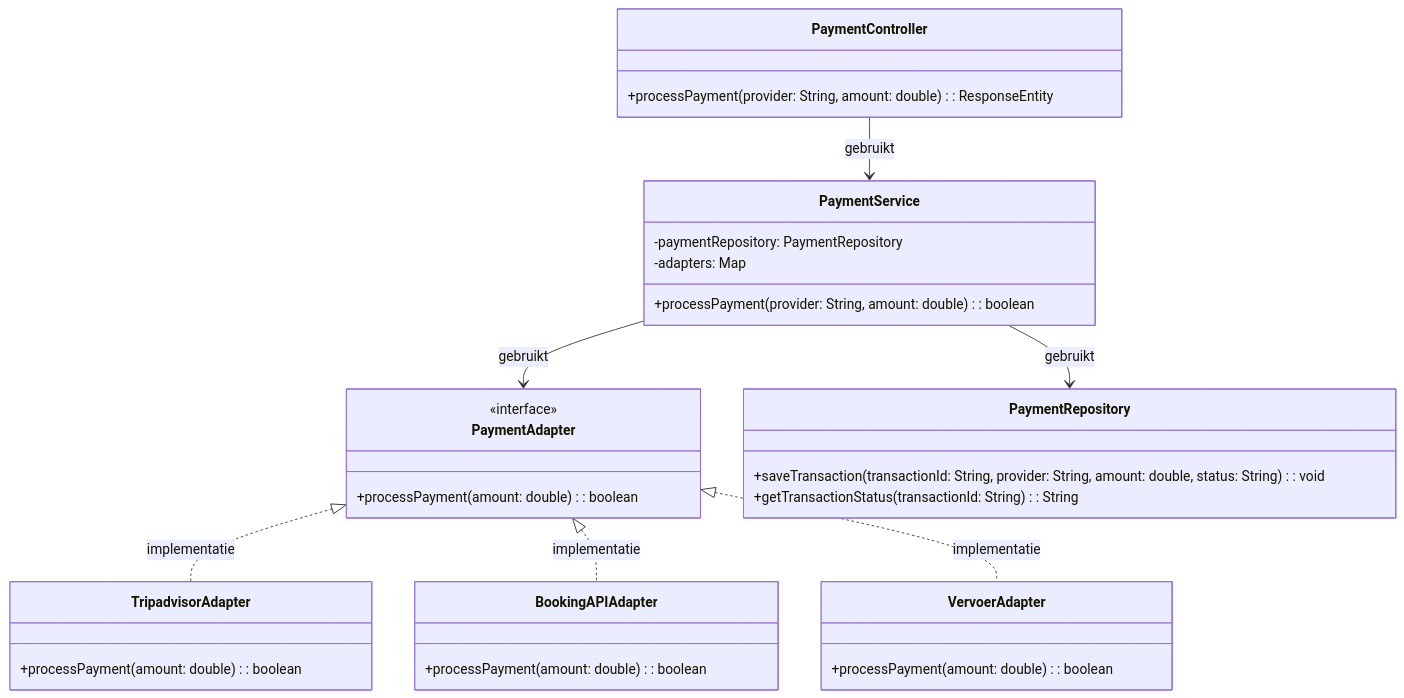
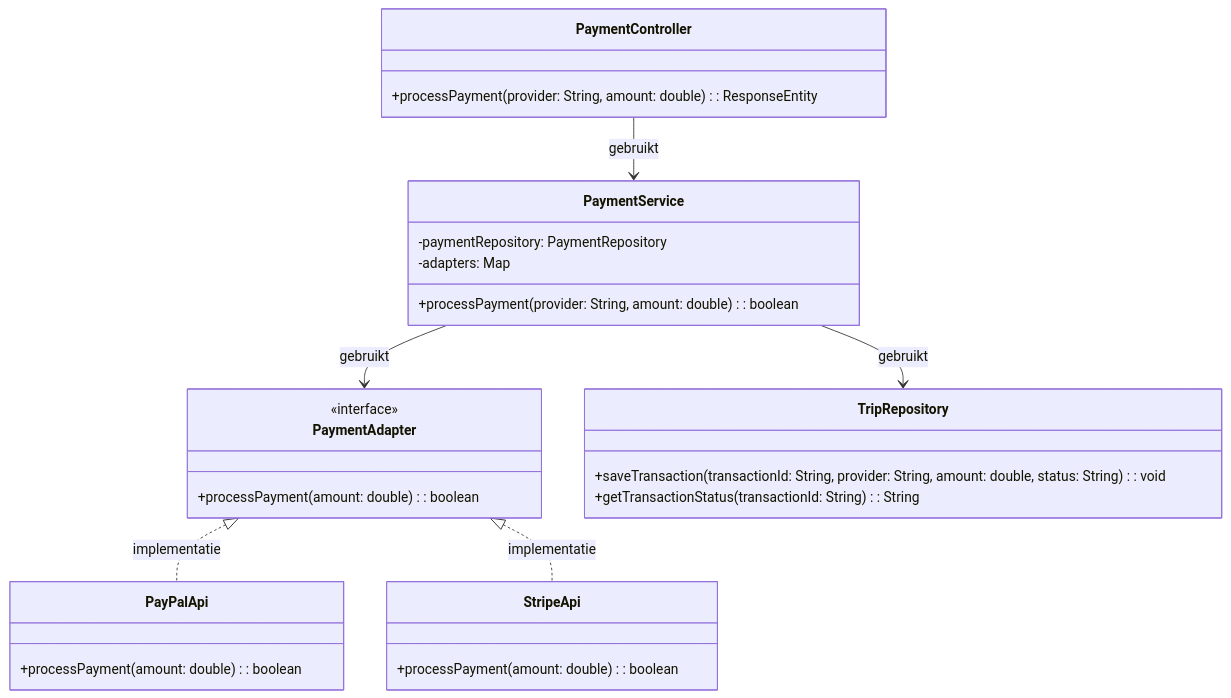
Before and after one commit to AIM-ENE-feb25/triptop-inshallahboys: the second of 3 diagrams in software-guidebook/README.md, drawn with Mermaid. The commit also changed 2 other files, not shown here.

Commit message:
klasse diagram aanpassing en adr

````diff
--- a/software-guidebook/README.md
+++ b/software-guidebook/README.md
@@ -159,42 +159,39 @@
 ```mermaid
 classDiagram
     class PaymentController {
         +processPayment(provider: String, amount: double): ResponseEntity<String>
     }
 
     class PaymentService {
         +processPayment(provider: String, amount: double): boolean
         -paymentRepository: PaymentRepository
         -adapters: Map<String, PaymentAdapter>
     }
 
     class PaymentAdapter {
         <<interface>>
         +processPayment(amount: double): boolean
     }
 
-    class TripadvisorAdapter {
+    class PayPalApi{
+        +processPayment(amount: double): boolean
+        
+    }
+    
+    class StripeApi{
         +processPayment(amount: double): boolean
     }
 
-    class BookingAPIAdapter {
-        +processPayment(amount: double): boolean
-    }
-
-    class VervoerAdapter {
-        +processPayment(amount: double): boolean
-    }
-
-    class PaymentRepository {
+    class TripRepository {
         +saveTransaction(transactionId: String, provider: String, amount: double, status: String): void
         +getTransactionStatus(transactionId: String): String
     }
 
     %% Relaties tussen de klassen
     PaymentController --> PaymentService : gebruikt
     PaymentService --> PaymentAdapter : gebruikt
-    PaymentService --> PaymentRepository : gebruikt
-    PaymentAdapter <|.. TripadvisorAdapter : implementatie
-    PaymentAdapter <|.. BookingAPIAdapter : implementatie
-    PaymentAdapter <|.. VervoerAdapter : implementatie
+    PaymentService --> TripRepository : gebruikt
+    PaymentAdapter <|.. PayPalApi : implementatie
+    PaymentAdapter <|.. StripeApi : implementatie
+
 ```
````
